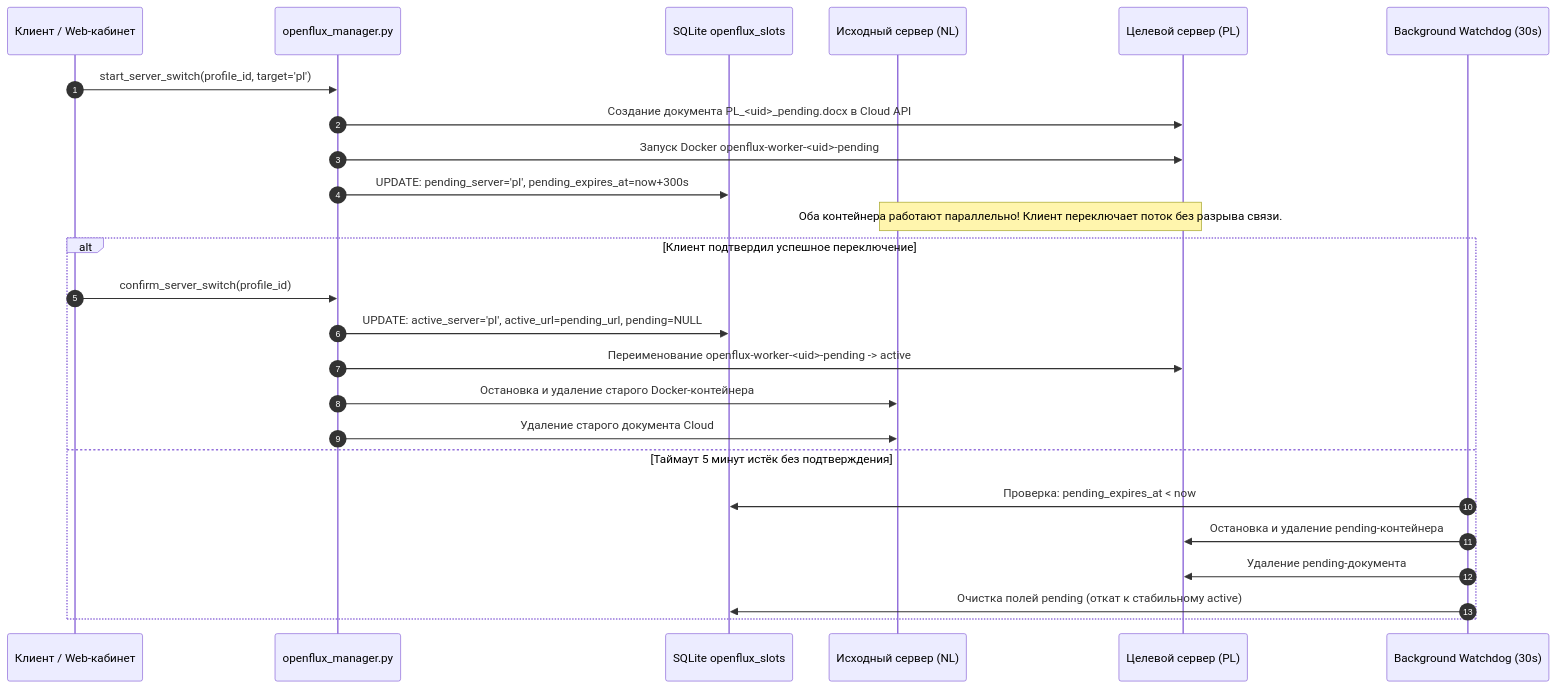
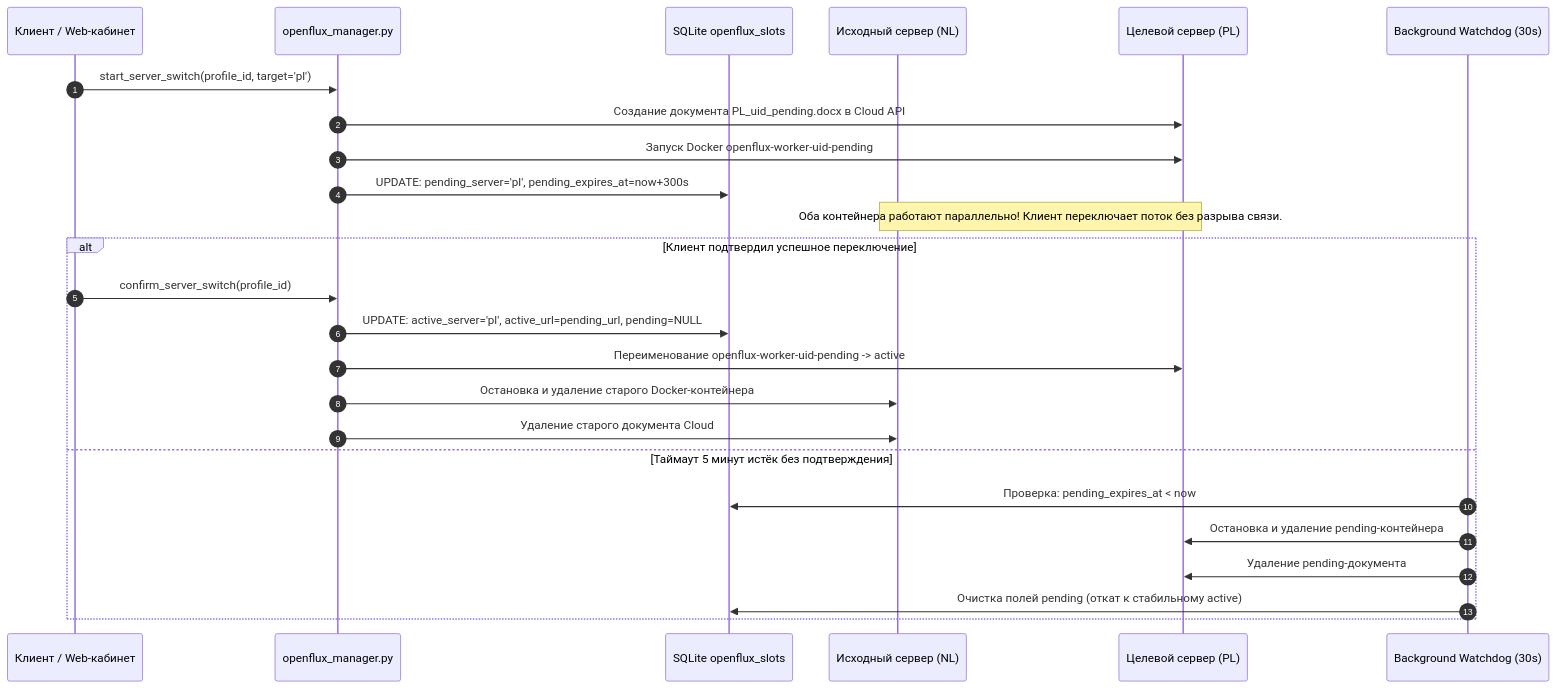
One commit to Nikitzima/SilentConnect changed the diagram in WHITELIST_SPEC.md. Above: the diagram before and after it, drawn with Mermaid. The commit also changed 2 other files, not shown here.

Commit message:
docs(diagrams): fix mermaid syntax errors, unquoted angle brackets, and subgraph collisions

````diff
--- a/WHITELIST_SPEC.md
+++ b/WHITELIST_SPEC.md
@@ -110,29 +110,29 @@
 ```mermaid
 sequenceDiagram
     autonumber
     participant Client as Клиент / Web-кабинет
     participant Mgr as openflux_manager.py
     participant DB as SQLite openflux_slots
     participant OldSrv as Исходный сервер (NL)
     participant NewSrv as Целевой сервер (PL)
     participant Watchdog as Background Watchdog (30s)
 
     Client->>Mgr: start_server_switch(profile_id, target='pl')
-    Mgr->>NewSrv: Создание документа PL_<uid>_pending.docx в Cloud API
-    Mgr->>NewSrv: Запуск Docker openflux-worker-<uid>-pending
+    Mgr->>NewSrv: Создание документа PL_uid_pending.docx в Cloud API
+    Mgr->>NewSrv: Запуск Docker openflux-worker-uid-pending
     Mgr->>DB: UPDATE: pending_server='pl', pending_expires_at=now+300s
     Note over OldSrv,NewSrv: Оба контейнера работают параллельно! Клиент переключает поток без разрыва связи.
     
     alt Клиент подтвердил успешное переключение
         Client->>Mgr: confirm_server_switch(profile_id)
         Mgr->>DB: UPDATE: active_server='pl', active_url=pending_url, pending=NULL
-        Mgr->>NewSrv: Переименование openflux-worker-<uid>-pending -> active
+        Mgr->>NewSrv: Переименование openflux-worker-uid-pending -> active
         Mgr->>OldSrv: Остановка и удаление старого Docker-контейнера
         Mgr->>OldSrv: Удаление старого документа Cloud
     else Таймаут 5 минут истёк без подтверждения
         Watchdog->>DB: Проверка: pending_expires_at < now
         Watchdog->>NewSrv: Остановка и удаление pending-контейнера
         Watchdog->>NewSrv: Удаление pending-документа
         Watchdog->>DB: Очистка полей pending (откат к стабильному active)
     end
 ```
````
